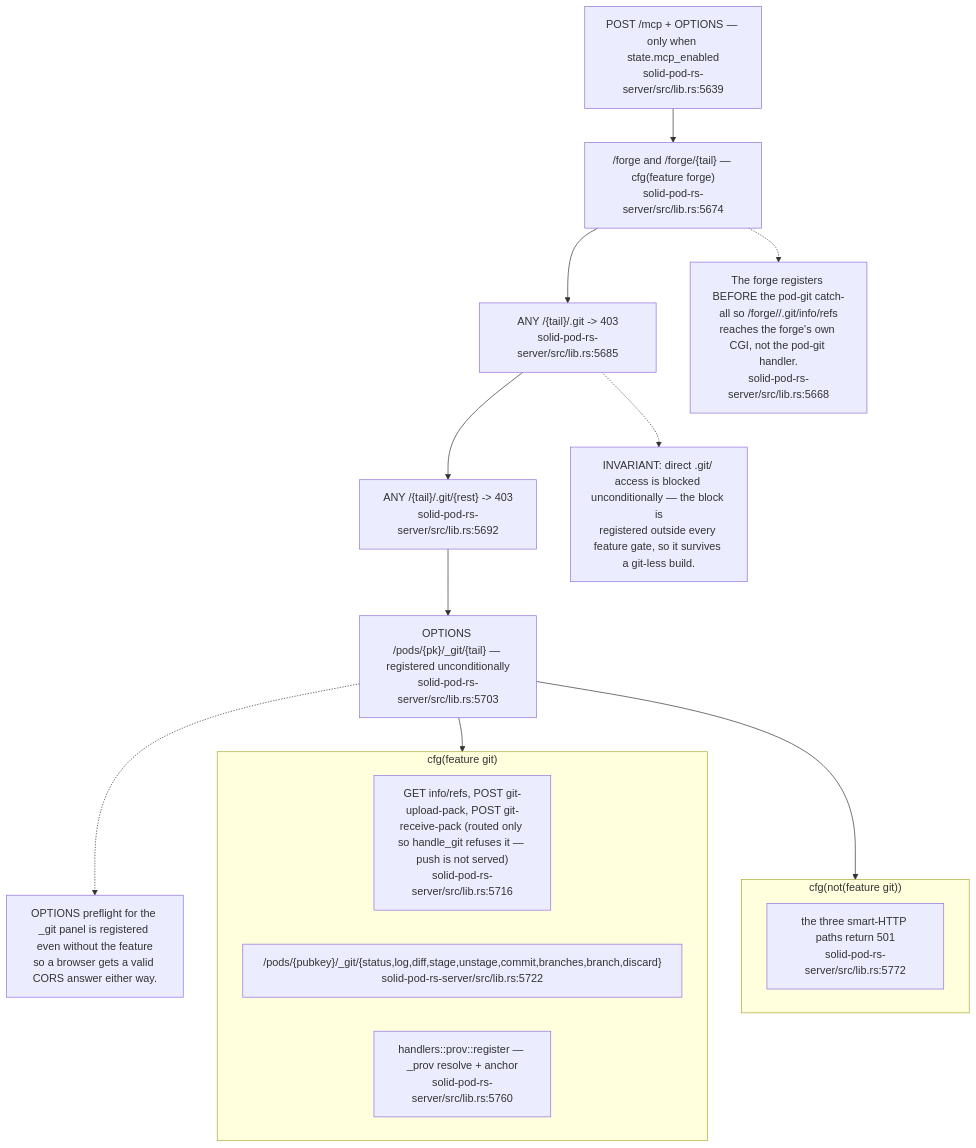
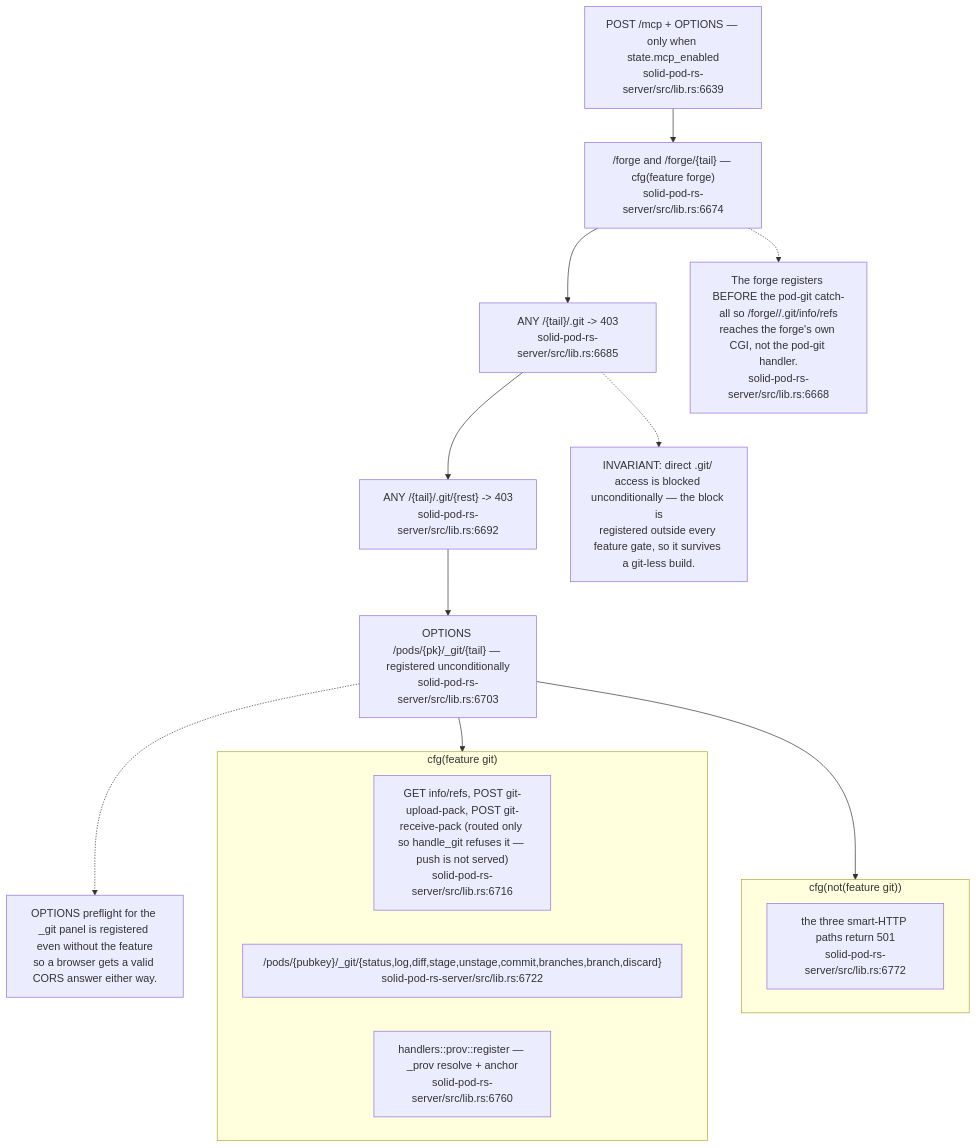
One commit to DreamLab-AI/VisionFlow changed the ninth of 12 diagrams in docs/diagrams/solid-pod-rs/02-server-boot-and-routes.md. Above: the diagram before and after it, drawn with Mermaid. The commit also changed other lines of this file and 1 other file, not shown here.

First line of the commit message:
docs(diagrams): SP-02, SP-06 re-verified at solid-pod-rs a28a748

````diff
--- a/docs/diagrams/solid-pod-rs/02-server-boot-and-routes.md
+++ b/docs/diagrams/solid-pod-rs/02-server-boot-and-routes.md
@@ -268,27 +311,27 @@
 ```mermaid
 flowchart TD
-    MCP["POST /mcp + OPTIONS — only when state.mcp_enabled<br/>solid-pod-rs-server/src/lib.rs:5639"]
-    FORGE["/forge and /forge/{tail} — cfg(feature forge)<br/>solid-pod-rs-server/src/lib.rs:5674"]
-    BLOCK1["ANY /{tail}/.git -> 403<br/>solid-pod-rs-server/src/lib.rs:5685"]
-    BLOCK2["ANY /{tail}/.git/{rest} -> 403<br/>solid-pod-rs-server/src/lib.rs:5692"]
-    PANEL_OPT["OPTIONS /pods/{pk}/_git/{tail} — registered unconditionally<br/>solid-pod-rs-server/src/lib.rs:5703"]
+    MCP["POST /mcp + OPTIONS — only when state.mcp_enabled<br/>solid-pod-rs-server/src/lib.rs:6639"]
+    FORGE["/forge and /forge/{tail} — cfg(feature forge)<br/>solid-pod-rs-server/src/lib.rs:6674"]
+    BLOCK1["ANY /{tail}/.git -> 403<br/>solid-pod-rs-server/src/lib.rs:6685"]
+    BLOCK2["ANY /{tail}/.git/{rest} -> 403<br/>solid-pod-rs-server/src/lib.rs:6692"]
+    PANEL_OPT["OPTIONS /pods/{pk}/_git/{tail} — registered unconditionally<br/>solid-pod-rs-server/src/lib.rs:6703"]
 
     subgraph GITON["cfg(feature git)"]
-        SMART["GET info/refs, POST git-upload-pack, POST git-receive-pack (routed only so handle_git refuses it — push is not served)<br/>solid-pod-rs-server/src/lib.rs:5716"]
-        PANEL["/pods/{pubkey}/_git/{status,log,diff,stage,unstage,commit,branches,branch,discard}<br/>solid-pod-rs-server/src/lib.rs:5722"]
-        PROVR["handlers::prov::register — _prov resolve + anchor<br/>solid-pod-rs-server/src/lib.rs:5760"]
+        SMART["GET info/refs, POST git-upload-pack, POST git-receive-pack (routed only so handle_git refuses it — push is not served)<br/>solid-pod-rs-server/src/lib.rs:6716"]
+        PANEL["/pods/{pubkey}/_git/{status,log,diff,stage,unstage,commit,branches,branch,discard}<br/>solid-pod-rs-server/src/lib.rs:6722"]
+        PROVR["handlers::prov::register — _prov resolve + anchor<br/>solid-pod-rs-server/src/lib.rs:6760"]
     end
     subgraph GITOFF["cfg(not(feature git))"]
-        R501["the three smart-HTTP paths return 501<br/>solid-pod-rs-server/src/lib.rs:5772"]
+        R501["the three smart-HTTP paths return 501<br/>solid-pod-rs-server/src/lib.rs:6772"]
     end
 
     MCP --> FORGE --> BLOCK1 --> BLOCK2 --> PANEL_OPT --> GITON
     PANEL_OPT --> GITOFF
 
     N1["INVARIANT: direct .git/ access is blocked unconditionally — the block is\nregistered outside every feature gate, so it survives a git-less build."]
     BLOCK1 -.-> N1
-    N2["The forge registers BEFORE the pod-git catch-all so /forge/<o>/<n>.git/info/refs\nreaches the forge's own CGI, not the pod-git handler.<br/>solid-pod-rs-server/src/lib.rs:5668"]
+    N2["The forge registers BEFORE the pod-git catch-all so /forge/<o>/<n>.git/info/refs\nreaches the forge's own CGI, not the pod-git handler.<br/>solid-pod-rs-server/src/lib.rs:6668"]
     FORGE -.-> N2
     N3["OPTIONS preflight for the _git panel is registered even without the feature\nso a browser gets a valid CORS answer either way."]
     PANEL_OPT -.-> N3
 ```
````
